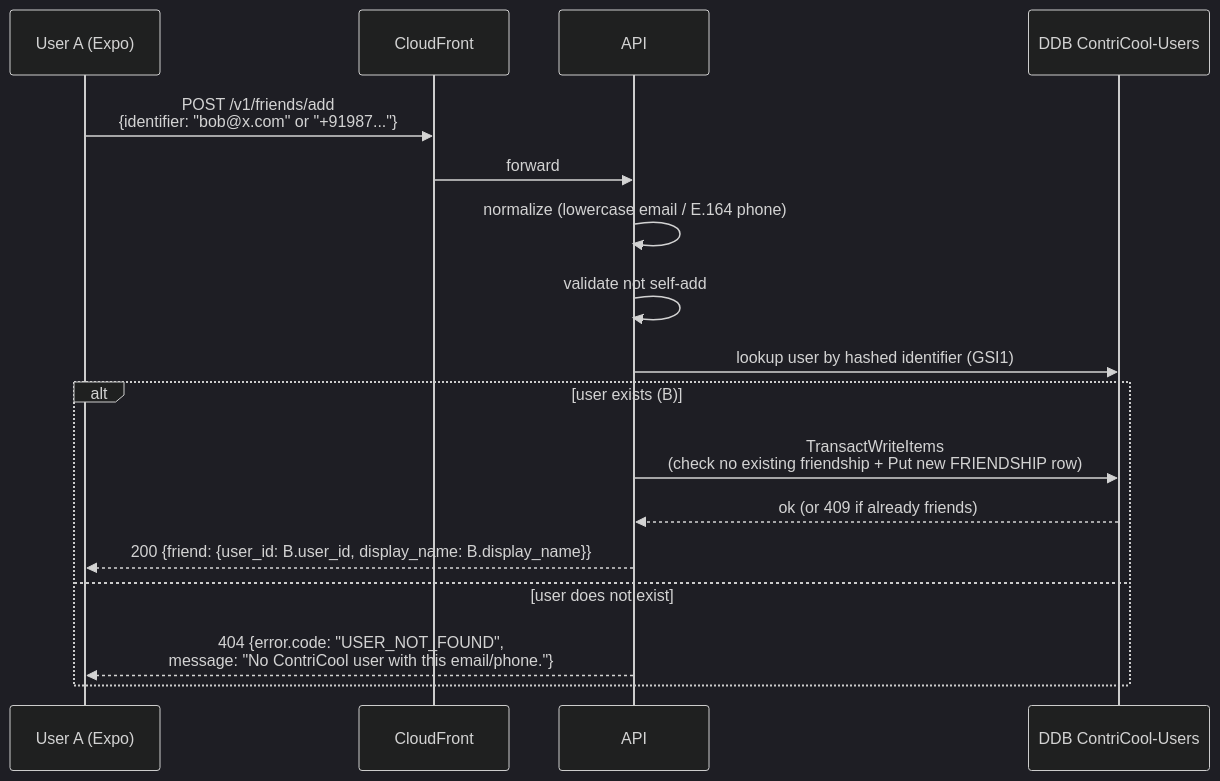
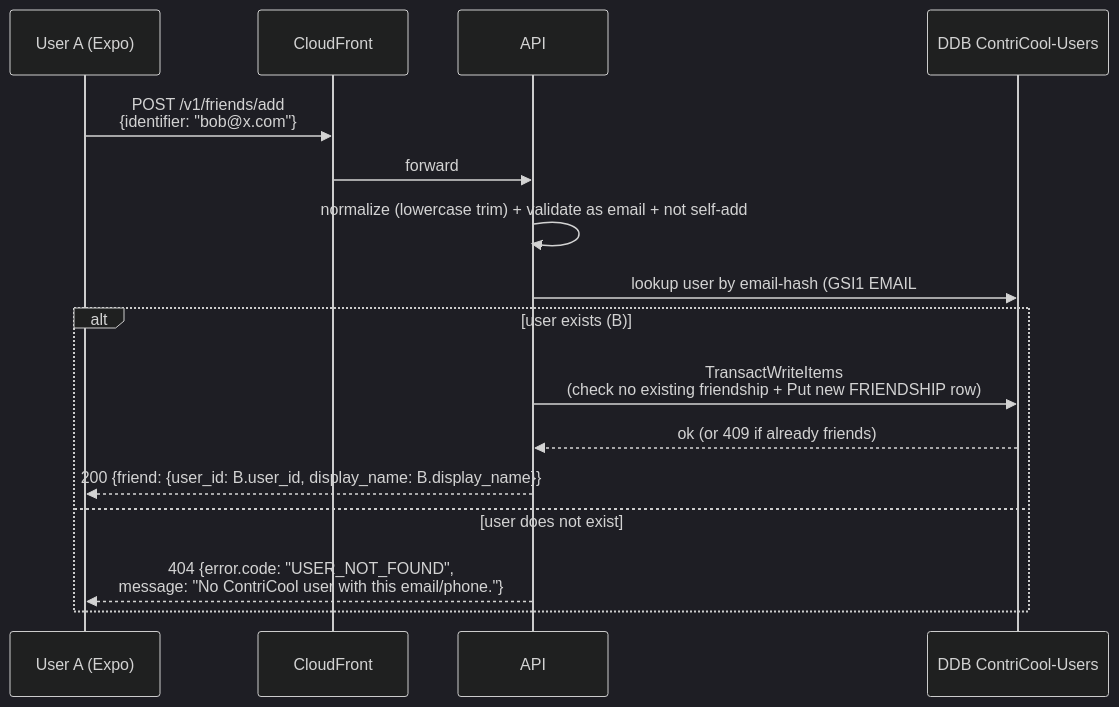
The second of 2 diagrams in specs/06-transaction-domain/design.md (GanAlps/contricool), drawn with Mermaid (dark theme) before and after one commit. The commit also changed other lines of this file and 11 other files, not shown here.

First line of the commit message:
feat(auth): drop phone verification — email-only auth + email-only friend add (#2)

````diff
--- a/specs/06-transaction-domain/design.md
+++ b/specs/06-transaction-domain/design.md
@@ -180,19 +180,18 @@
 ```mermaid
 sequenceDiagram
     participant A as User A (Expo)
     participant CF as CloudFront
     participant API as API
     participant DDB as DDB ContriCool-Users
-    A->>CF: POST /v1/friends/add<br/>{identifier: "bob@x.com" or "+91987..."}
+    A->>CF: POST /v1/friends/add<br/>{identifier: "bob@x.com"}
     CF->>API: forward
-    API->>API: normalize (lowercase email / E.164 phone)
-    API->>API: validate not self-add
-    API->>DDB: lookup user by hashed identifier (GSI1)
+    API->>API: normalize (lowercase trim) + validate as email + not self-add
+    API->>DDB: lookup user by email-hash (GSI1 EMAIL#hash)
     alt user exists (B)
         API->>DDB: TransactWriteItems<br/>(check no existing friendship + Put new FRIENDSHIP row)
         DDB-->>API: ok (or 409 if already friends)
         API-->>A: 200 {friend: {user_id: B.user_id, display_name: B.display_name}}
     else user does not exist
         API-->>A: 404 {error.code: "USER_NOT_FOUND",<br/>message: "No ContriCool user with this email/phone."}
     end
 ```
````
